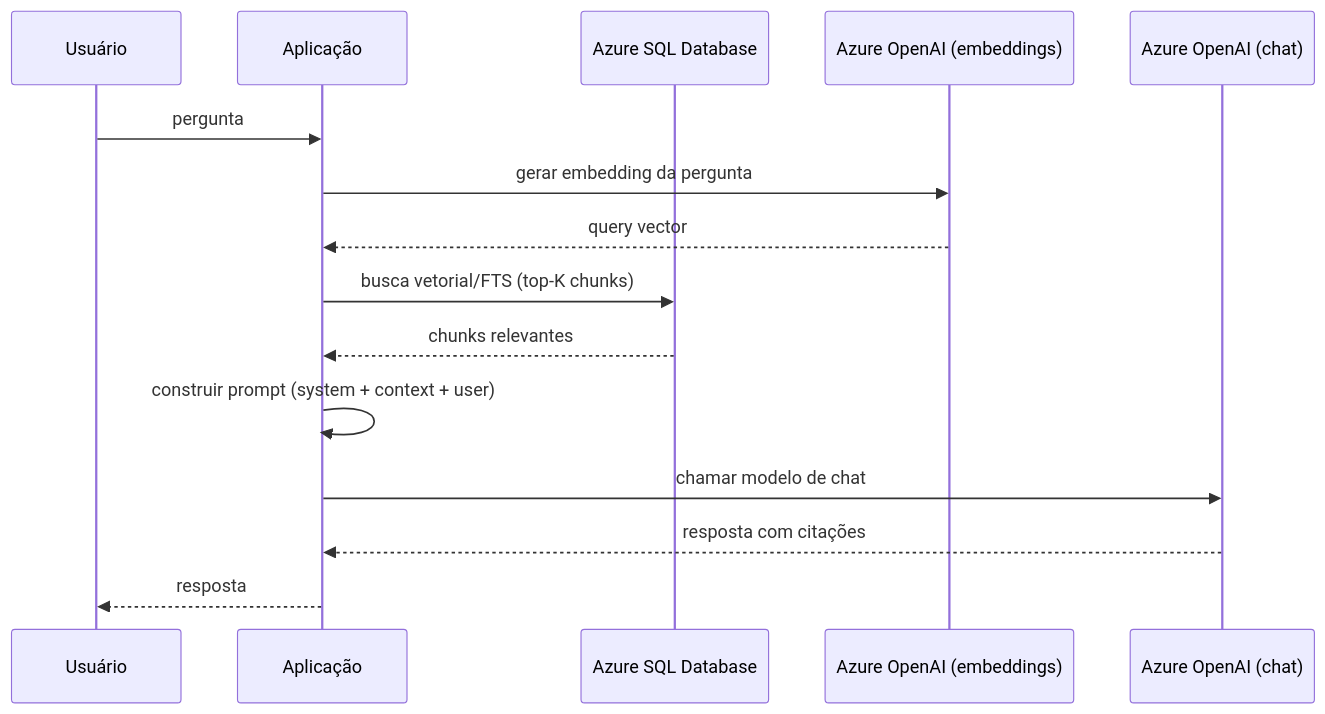
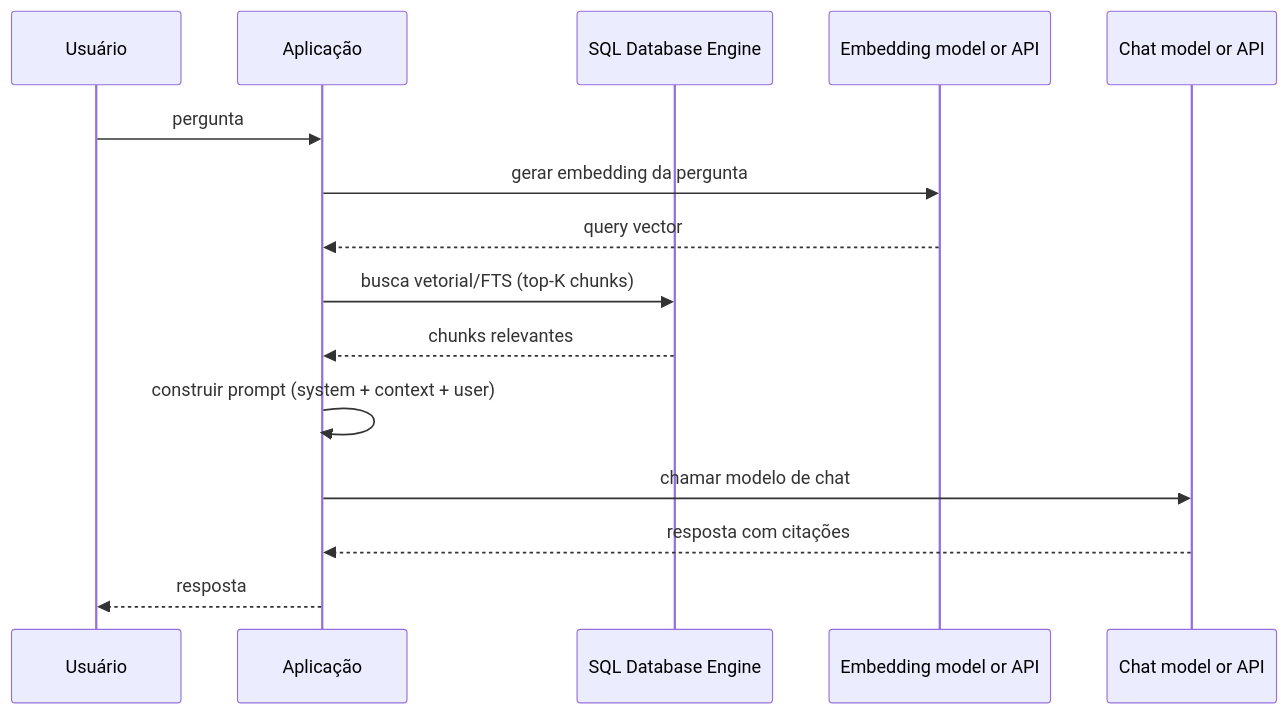
The first of 2 diagrams in i18n/pt-BR/certification/11-rag/01-rag-use-cases.md (jucelinoss/dp-800-study-guide), drawn with Mermaid before and after one commit. The commit also changed other lines of this file and 7 other files, not shown here.

Commit message:
docs: refine RAG architecture and evaluation guidance

````diff
--- a/i18n/pt-BR/certification/11-rag/01-rag-use-cases.md
+++ b/i18n/pt-BR/certification/11-rag/01-rag-use-cases.md
@@ -73,18 +77,18 @@
 ```mermaid
 sequenceDiagram
     participant U as Usuário
     participant App as Aplicação
-    participant DB as Azure SQL Database
-    participant E as Azure OpenAI (embeddings)
-    participant L as Azure OpenAI (chat)
+    participant DB as SQL Database Engine
+    participant E as Embedding model or API
+    participant L as Chat model or API
 
     U->>App: pergunta
     App->>E: gerar embedding da pergunta
     E-->>App: query vector
     App->>DB: busca vetorial/FTS (top-K chunks)
     DB-->>App: chunks relevantes
     App->>App: construir prompt (system + context + user)
     App->>L: chamar modelo de chat
     L-->>App: resposta com citações
     App-->>U: resposta
 ```
````
